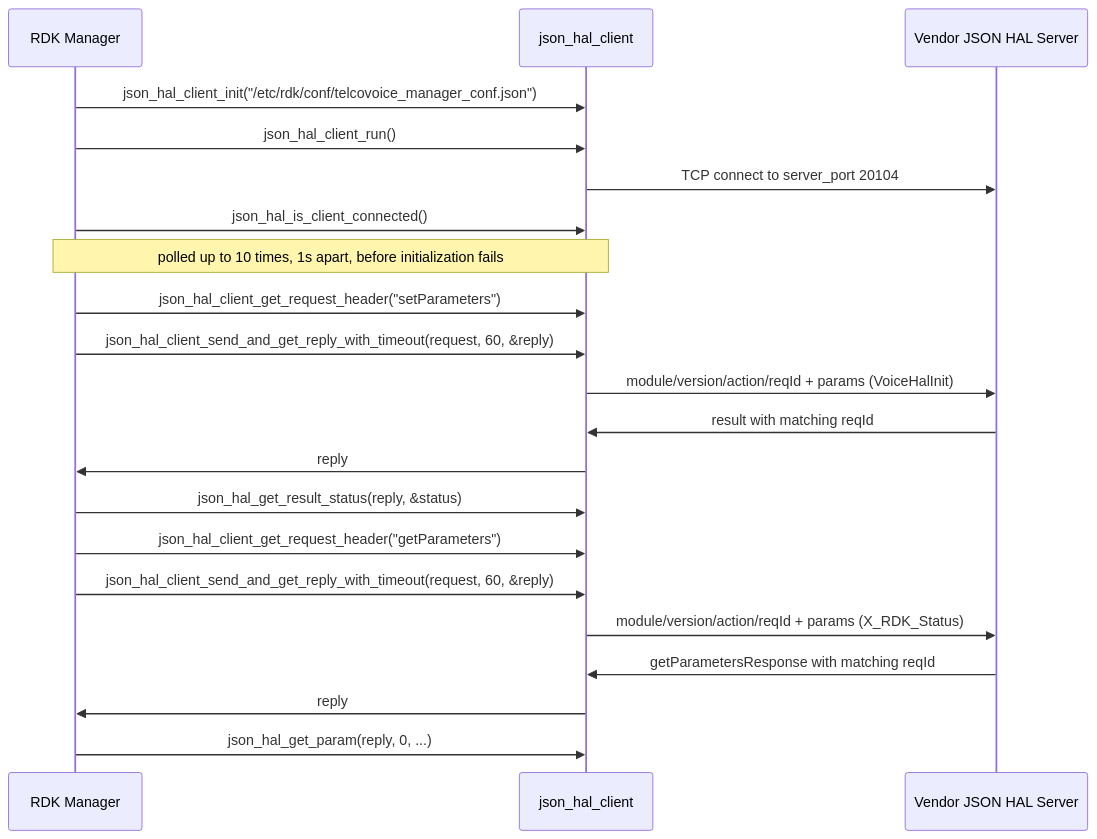
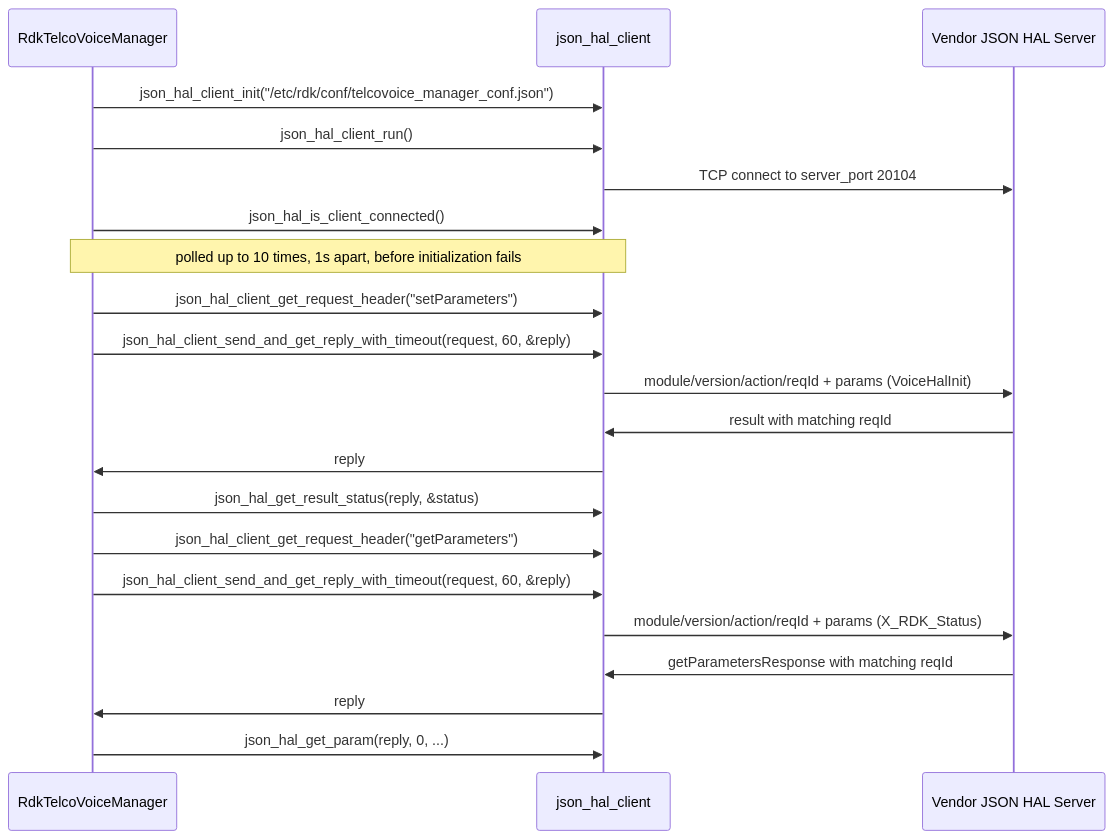
The second of 3 diagrams in docs/pages/halSpec.md (Blitzy-Sky/telco-voice-manager), drawn with Mermaid before and after one commit. The commit also changed other lines of this file and 2 other files, not shown here.

````diff
--- a/docs/pages/halSpec.md
+++ b/docs/pages/halSpec.md
@@ -1378,23 +659,23 @@
 ```mermaid
 sequenceDiagram
-    participant Mgr as RDK Manager
+    participant Mgr as RdkTelcoVoiceManager
     participant Cli as json_hal_client
     participant Srv as Vendor JSON HAL Server
     Mgr->>Cli: json_hal_client_init("/etc/rdk/conf/telcovoice_manager_conf.json")
     Mgr->>Cli: json_hal_client_run()
     Cli->>Srv: TCP connect to server_port 20104
     Mgr->>Cli: json_hal_is_client_connected()
     note over Mgr,Cli: polled up to 10 times, 1s apart, before initialization fails
     Mgr->>Cli: json_hal_client_get_request_header("setParameters")
     Mgr->>Cli: json_hal_client_send_and_get_reply_with_timeout(request, 60, &reply)
     Cli->>Srv: module/version/action/reqId + params (VoiceHalInit)
     Srv->>Cli: result with matching reqId
     Cli->>Mgr: reply
     Mgr->>Cli: json_hal_get_result_status(reply, &status)
     Mgr->>Cli: json_hal_client_get_request_header("getParameters")
     Mgr->>Cli: json_hal_client_send_and_get_reply_with_timeout(request, 60, &reply)
     Cli->>Srv: module/version/action/reqId + params (X_RDK_Status)
     Srv->>Cli: getParametersResponse with matching reqId
     Cli->>Mgr: reply
     Mgr->>Cli: json_hal_get_param(reply, 0, ...)
 ```
````
